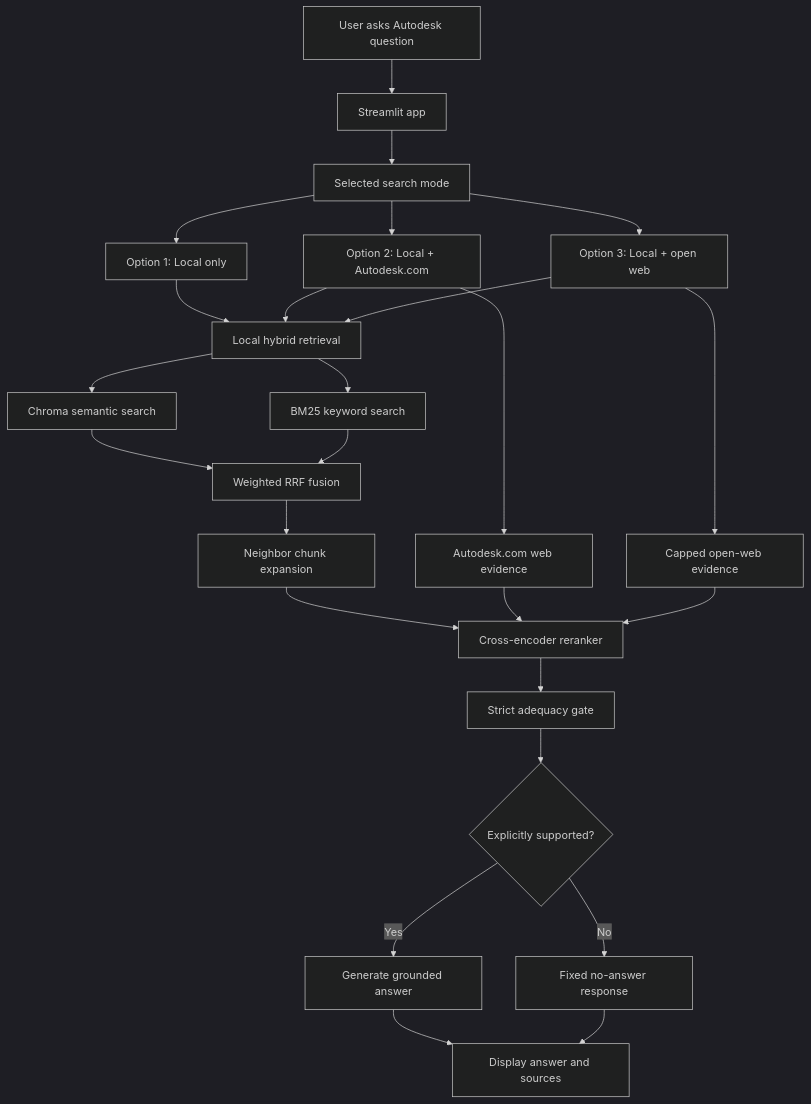
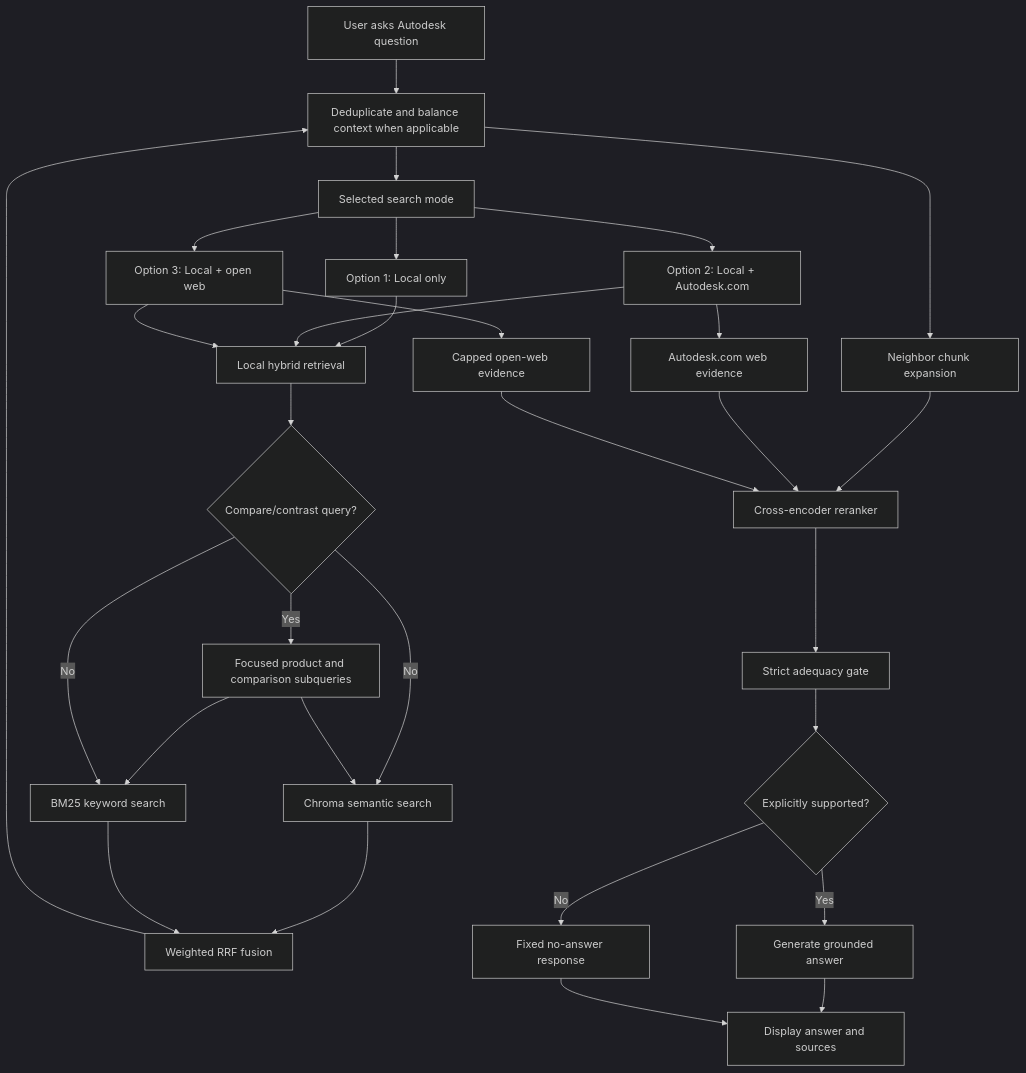
Before and after one commit to helsharif/autodesk-rag-app: the first of 2 diagrams in FLOW_LOGIC_HIGH_LEVEL.md, drawn with Mermaid (dark theme). The commit also changed other lines of this file and 6 other files, not shown here.

````diff
--- a/FLOW_LOGIC_HIGH_LEVEL.md
+++ b/FLOW_LOGIC_HIGH_LEVEL.md
@@ -258,33 +278,38 @@
 ```mermaid
 flowchart TD
     A["User asks Autodesk question"] --> B["Streamlit app"]
     B --> C["Selected search mode"]
 
     C --> D1["Option 1: Local only"]
     C --> D2["Option 2: Local + Autodesk.com"]
     C --> D3["Option 3: Local + open web"]
 
     D1 --> E["Local hybrid retrieval"]
     D2 --> E
     D3 --> E
 
-    E --> F1["Chroma semantic search"]
-    E --> F2["BM25 keyword search"]
+    E --> P{"Compare/contrast query?"}
+    P -->|Yes| S["Focused product and comparison subqueries"]
+    P -->|No| F1["Chroma semantic search"]
+    S --> F1
+    S --> F2["BM25 keyword search"]
+    P -->|No| F2
     F1 --> G["Weighted RRF fusion"]
     F2 --> G
-    G --> H["Neighbor chunk expansion"]
+    G --> B["Deduplicate and balance context when applicable"]
+    B --> H["Neighbor chunk expansion"]
 
     D2 --> W1["Autodesk.com web evidence"]
     D3 --> W2["Capped open-web evidence"]
 
     H --> R["Cross-encoder reranker"]
     W1 --> R
     W2 --> R
 
     R --> Q["Strict adequacy gate"]
     Q --> Z{"Explicitly supported?"}
     Z -->|Yes| Y["Generate grounded answer"]
     Z -->|No| N["Fixed no-answer response"]
     Y --> O["Display answer and sources"]
     N --> O
 ```
````
